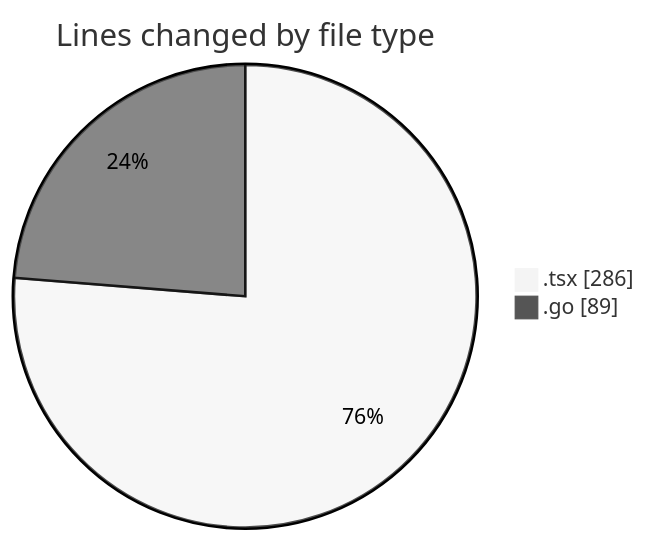
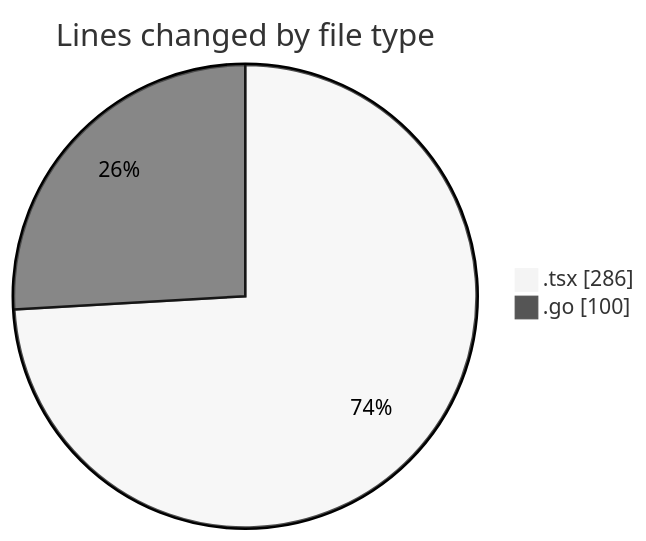
One commit to robertbonfada/code-tracking changed the first of 2 diagrams in 2025-03-04/termonied_testador/README.md. Above: the diagram before and after it, drawn with Mermaid (neutral theme). The commit also changed other lines of this file and 1 other file, not shown here.

````diff
--- a/2025-03-04/termonied_testador/README.md
+++ b/2025-03-04/termonied_testador/README.md
@@ -22,6 +22,6 @@
 ```mermaid
 pie showData
 title Lines changed by file type
 ".tsx" : 286
-".go" : 89
+".go" : 100
 ```
````
